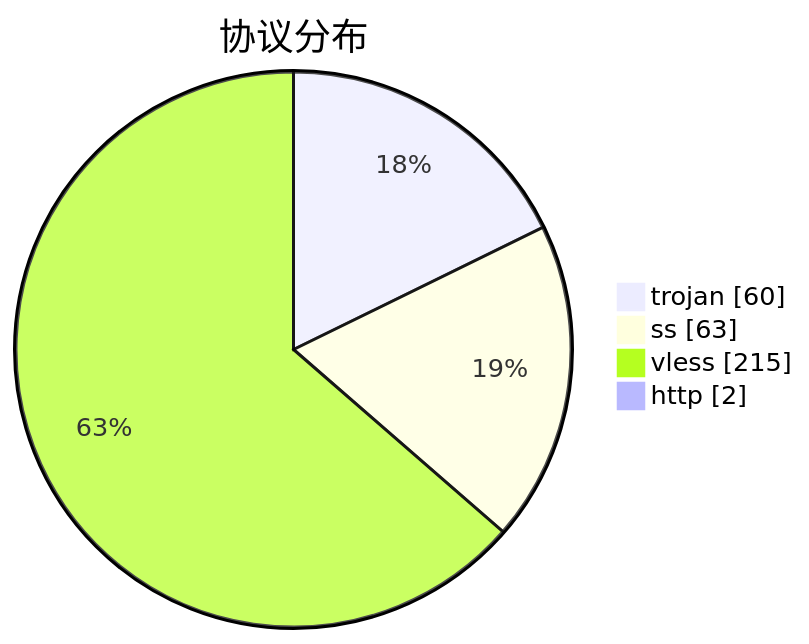
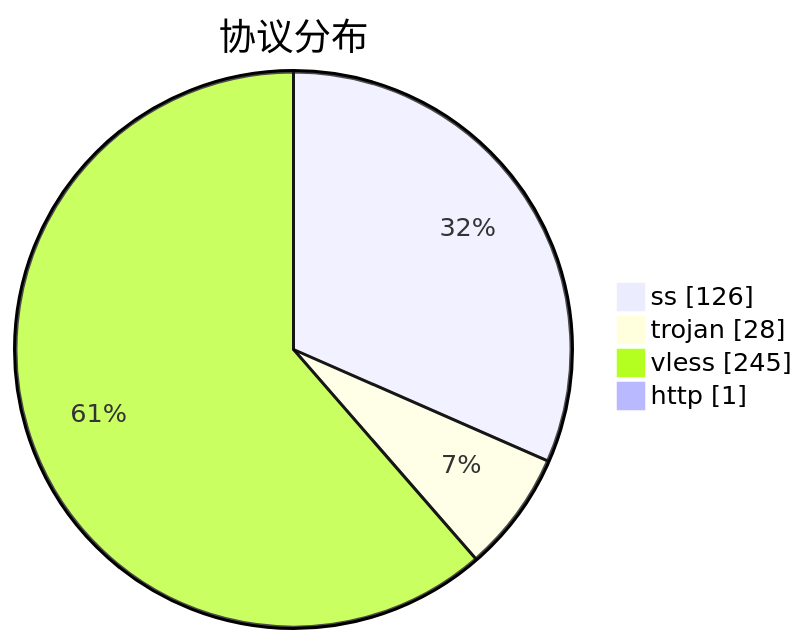
One commit to qjlxg/airport changed the third of 3 diagrams in subs/statistics/tested_within.md. Above: the diagram before and after it, drawn with Mermaid. The commit also changed other lines of this file and 2 other files, not shown here.

````diff
--- a/subs/statistics/tested_within.md
+++ b/subs/statistics/tested_within.md
@@ -18,8 +19,8 @@
 ```mermaid
 pie showData
 title 协议分布
-"trojan" : 60
-"ss" : 63
-"vless" : 215
-"http" : 2
+"ss" : 126
+"trojan" : 28
+"vless" : 245
+"http" : 1
 ```
````
